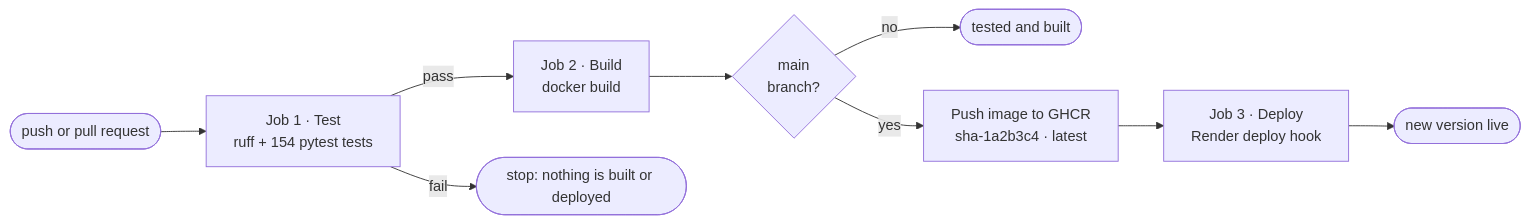
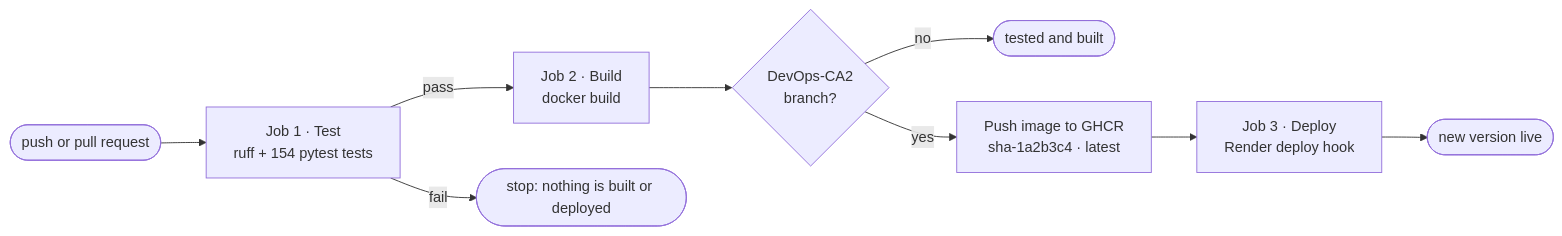
One commit to rocko131205/PBL-2 changed the second of 2 diagrams in docs/REPORT.md. Above: the diagram before and after it, drawn with Mermaid. The commit also changed other lines of this file and 7 other files, not shown here.

First line of the commit message:
ci, docs: use DevOps-CA2 as the release branch everywhere

````diff
--- a/docs/REPORT.md
+++ b/docs/REPORT.md
@@ -89,11 +89,11 @@
 ```mermaid
 flowchart LR
     PUSH(["push or pull request"]) --> TEST["Job 1 · Test<br/>ruff + 154 pytest tests"]
     TEST -- pass --> BUILD["Job 2 · Build<br/>docker build"]
     TEST -- fail --> STOP(["stop: nothing is built or deployed"])
-    BUILD --> MAIN{"main<br/>branch?"}
-    MAIN -- no --> DONE(["tested and built"])
-    MAIN -- yes --> PUB["Push image to GHCR<br/>sha-1a2b3c4 · latest"]
+    BUILD --> BRANCH{"DevOps-CA2<br/>branch?"}
+    BRANCH -- no --> DONE(["tested and built"])
+    BRANCH -- yes --> PUB["Push image to GHCR<br/>sha-1a2b3c4 · latest"]
     PUB --> DEPLOY["Job 3 · Deploy<br/>Render deploy hook"]
     DEPLOY --> LIVE(["new version live"])
 ```
````
